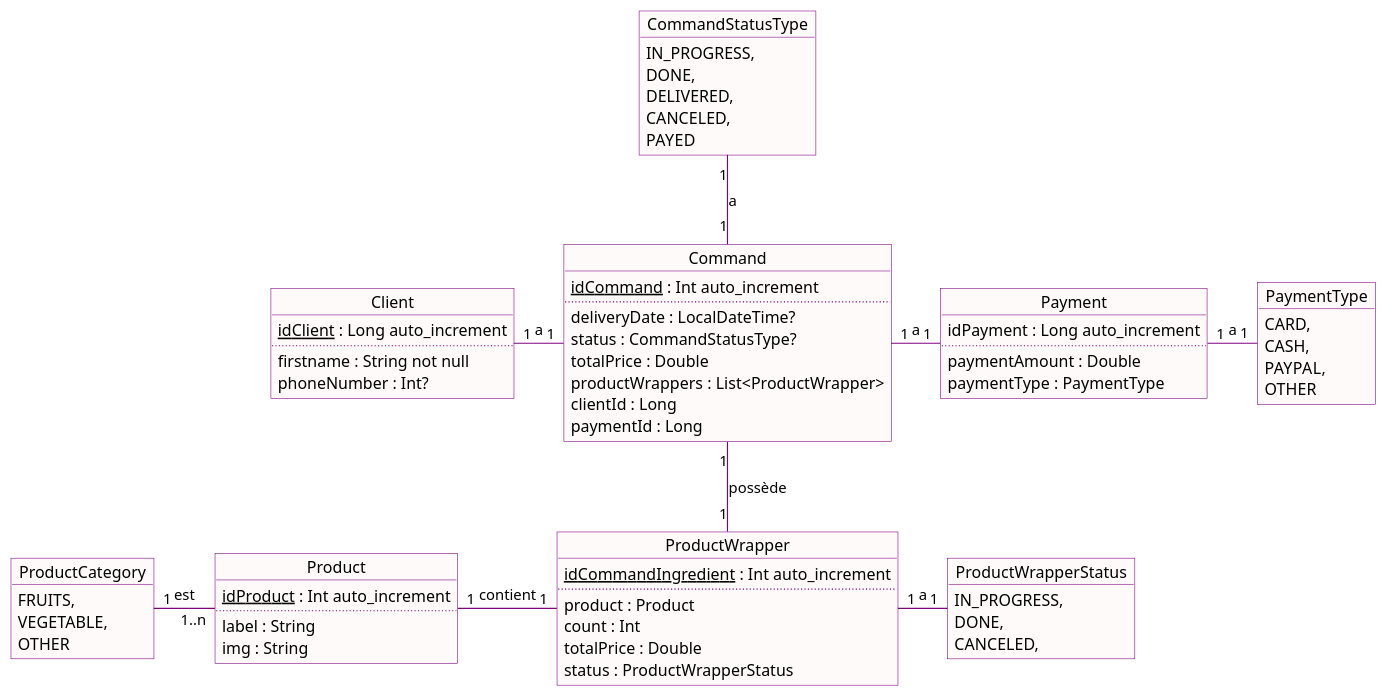
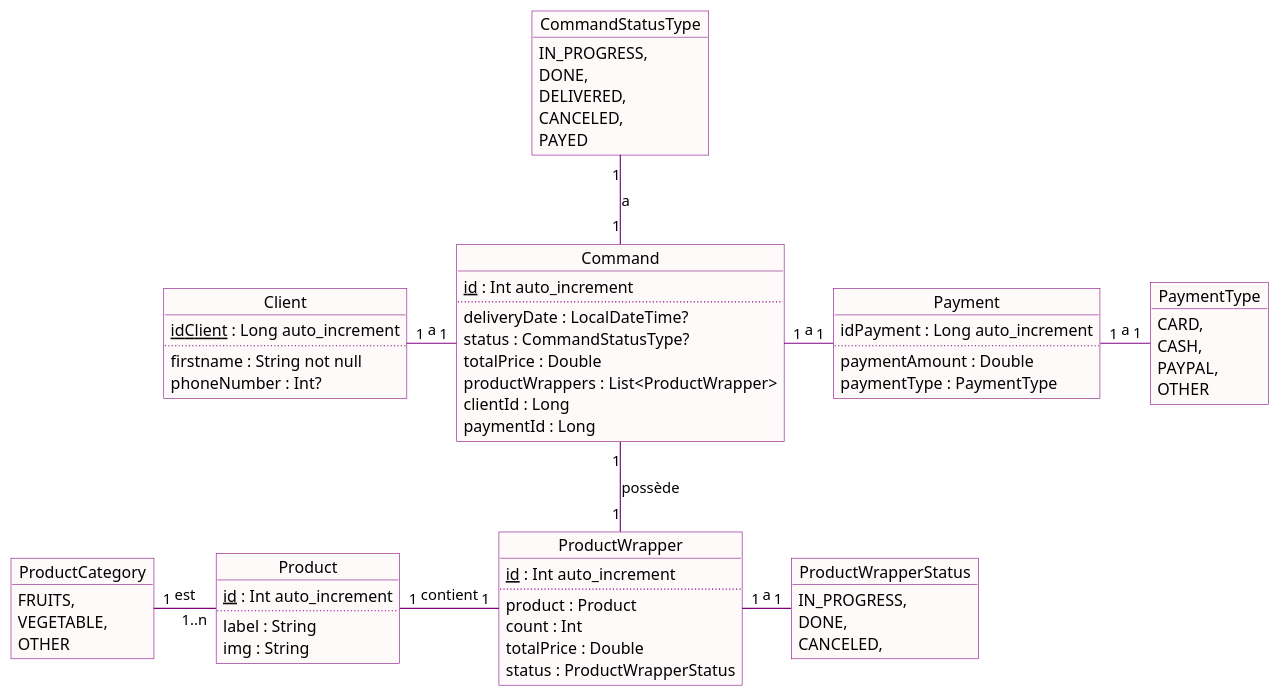
Before and after one commit to Schtroumphy/FeedMe: the diagram in documentation/src/main/java/com/jeanloth/project/android/kotlin/documentation/conception.puml, drawn with PlantUML. The commit also changed 6 other files, not shown here.

```diff
--- a/documentation/src/main/java/com/jeanloth/project/android/kotlin/documentation/conception.puml
+++ b/documentation/src/main/java/com/jeanloth/project/android/kotlin/documentation/conception.puml
@@ -1,88 +1,88 @@
 @startuml
 
 skinparam object {
     BackgroundColor Snow
     BorderColor Purple
     ArrowColor Purple
 }
 
 object Client{
     <u>idClient</u> : Long auto_increment
     ..
     firstname : String not null
     phoneNumber : Int?
 }
 
 object PaymentType{
     CARD,
     CASH,
     PAYPAL,
     OTHER
 }
 
 object Payment {
     idPayment : Long auto_increment
     ..
     paymentAmount : Double
     paymentType : PaymentType
 }
 
 object Command{
-    <u>idCommand</u> : Int auto_increment
+    <u>id</u> : Int auto_increment
     ..
     deliveryDate : LocalDateTime?
     status : CommandStatusType?
     totalPrice : Double
     productWrappers : List<ProductWrapper>
 
     clientId : Long
     paymentId : Long
 }
 
 object ProductWrapper {
-    <u>idCommandIngredient</u> : Int auto_increment
+    <u>id</u> : Int auto_increment
     ..
     product : Product
     count : Int
     totalPrice : Double
     status : ProductWrapperStatus
 }
 
 object ProductWrapperStatus{
     IN_PROGRESS,
     DONE,
     CANCELED,
 }
 
 object CommandStatusType{
     IN_PROGRESS,
     DONE,
     DELIVERED,
     CANCELED,
     PAYED
 }
 
 object Product{
-    <u>idProduct</u> : Int auto_increment
+    <u>id</u> : Int auto_increment
     ..
     label : String
     img : String
 }
 
 object ProductCategory {
     FRUITS,
     VEGETABLE,
     OTHER
 }
 
 Payment "1" --right-- "1" PaymentType : a
 Command "1" --right-- "1" Payment : a
 Command "1" --left-- "1" Client : a
 Command "1" -down- "1" ProductWrapper : possède
 Command "1" -up- "1" CommandStatusType : a
 ProductWrapper "1" --right-- "1" ProductWrapperStatus : a
 Product "1..n" --left-- "1" ProductCategory : est
 Product "1" --right-- "1" ProductWrapper : contient
 
 
 @enduml
```
